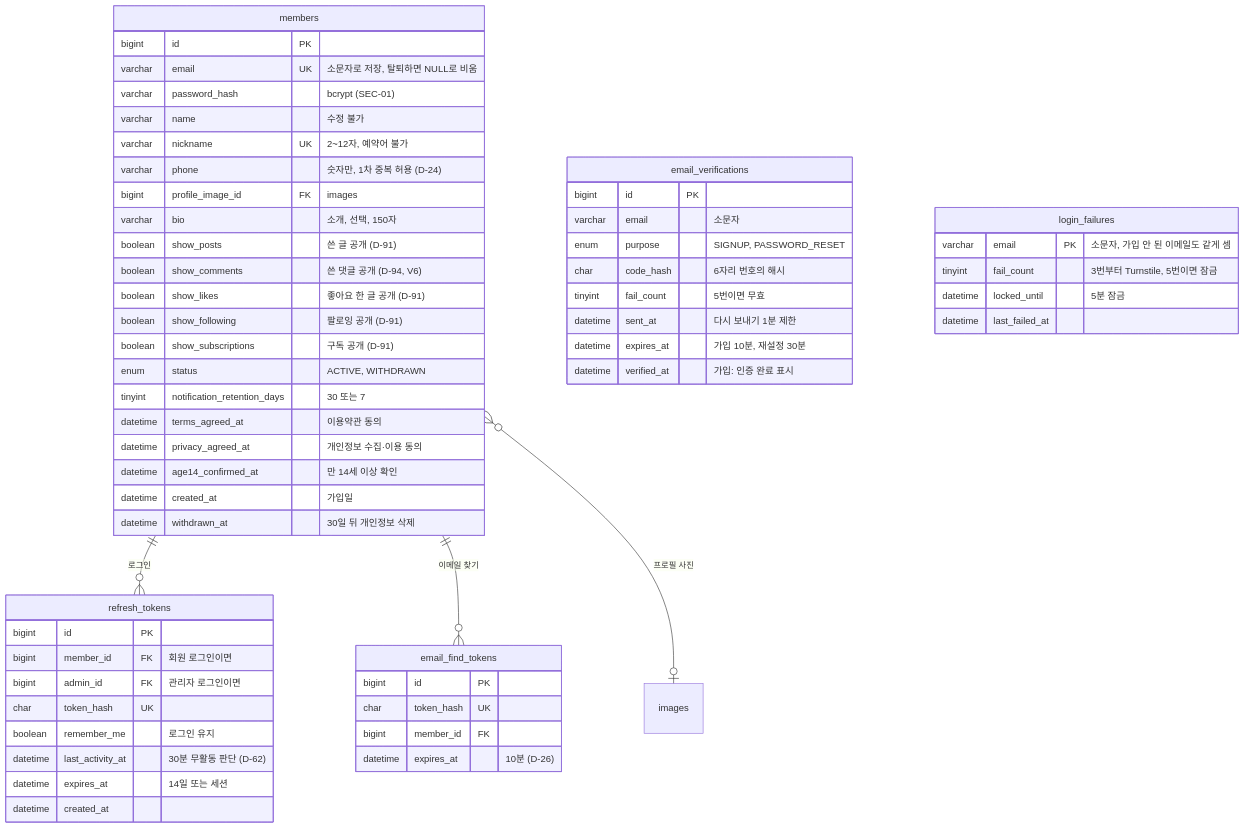
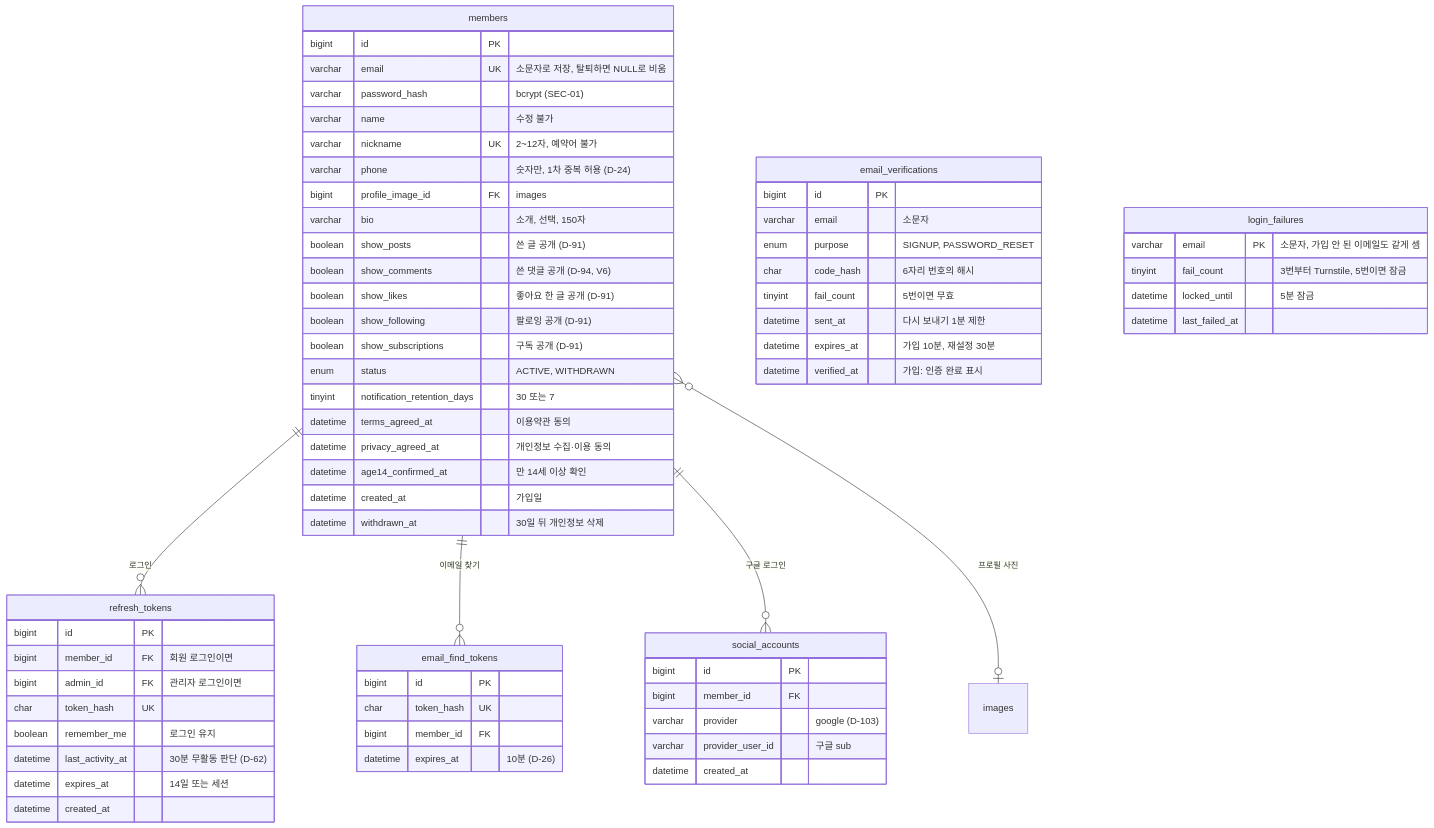
One commit to blogNM/blogproject changed the second of 6 diagrams in docs/04-design/ERD.md. Above: the diagram before and after it, drawn with Mermaid. The commit also changed other lines of this file and 33 other files, not shown here.

````diff
--- a/docs/04-design/ERD.md
+++ b/docs/04-design/ERD.md
@@ -48,61 +48,69 @@
 ```mermaid
 erDiagram
     members {
         bigint id PK
         varchar email UK "소문자로 저장, 탈퇴하면 NULL로 비움"
         varchar password_hash "bcrypt (SEC-01)"
         varchar name "수정 불가"
         varchar nickname UK "2~12자, 예약어 불가"
         varchar phone "숫자만, 1차 중복 허용 (D-24)"
         bigint profile_image_id FK "images"
         varchar bio "소개, 선택, 150자"
         boolean show_posts "쓴 글 공개 (D-91)"
         boolean show_comments "쓴 댓글 공개 (D-94, V6)"
         boolean show_likes "좋아요 한 글 공개 (D-91)"
         boolean show_following "팔로잉 공개 (D-91)"
         boolean show_subscriptions "구독 공개 (D-91)"
         enum status "ACTIVE, WITHDRAWN"
         tinyint notification_retention_days "30 또는 7"
         datetime terms_agreed_at "이용약관 동의"
         datetime privacy_agreed_at "개인정보 수집·이용 동의"
         datetime age14_confirmed_at "만 14세 이상 확인"
         datetime created_at "가입일"
         datetime withdrawn_at "30일 뒤 개인정보 삭제"
     }
     email_verifications {
         bigint id PK
         varchar email "소문자"
         enum purpose "SIGNUP, PASSWORD_RESET"
         char code_hash "6자리 번호의 해시"
         tinyint fail_count "5번이면 무효"
         datetime sent_at "다시 보내기 1분 제한"
         datetime expires_at "가입 10분, 재설정 30분"
         datetime verified_at "가입: 인증 완료 표시"
     }
     email_find_tokens {
         bigint id PK
         char token_hash UK
         bigint member_id FK
         datetime expires_at "10분 (D-26)"
     }
     refresh_tokens {
         bigint id PK
         bigint member_id FK "회원 로그인이면"
         bigint admin_id FK "관리자 로그인이면"
         char token_hash UK
         boolean remember_me "로그인 유지"
         datetime last_activity_at "30분 무활동 판단 (D-62)"
         datetime expires_at "14일 또는 세션"
         datetime created_at
     }
+    social_accounts {
+        bigint id PK
+        bigint member_id FK
+        varchar provider "google (D-103)"
+        varchar provider_user_id "구글 sub"
+        datetime created_at
+    }
     login_failures {
         varchar email PK "소문자, 가입 안 된 이메일도 같게 셈"
         tinyint fail_count "3번부터 Turnstile, 5번이면 잠금"
         datetime locked_until "5분 잠금"
         datetime last_failed_at
     }
 
     members ||--o{ refresh_tokens : "로그인"
     members ||--o{ email_find_tokens : "이메일 찾기"
+    members ||--o{ social_accounts : "구글 로그인"
     members }o--o| images : "프로필 사진"
 ```
````
